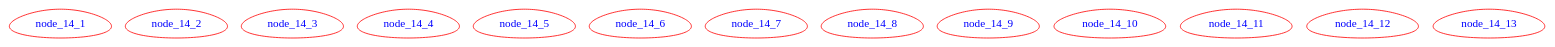
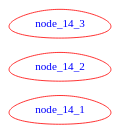
The diagram in data/14.gv (graphviz-perl/GraphViz2-Marpa), drawn with Graphviz before and after one commit. The commit also changed 2 other files, not shown here.

```diff
--- a/data/14.gv
+++ b/data/14.gv
@@ -1,83 +1,23 @@
 digraph graph_14
 {
-	rankdir = TB
+	rankdir = RL
 
 	node_14_1
 	[
 		color      = red
 		fontcolor  = blue
 		shape      = egg
 	]
 	node_14_2
 	[
 		"color"    = red
 		fontcolor  = blue
 		shape      = egg
 	]
 	node_14_3
 	[
 		color      = "red"
 		fontcolor  = blue
 		shape      = egg
 	]
-	node_14_4
-	[
-		"color"     = "red"
-		fontcolor   = blue
-		shape       = egg
-	]
-	node_14_5
-	[
-		color       = red
-		"fontcolor" = blue
-		shape       = egg
-	]
-	node_14_6
-	[
-		color       = red
-		fontcolor   = "blue"
-		shape       = egg
-	]
-	node_14_7
-	[
-		color       = red
-		"fontcolor" = "blue"
-		shape       = egg
-	]
-	node_14_8
-	[
-		color       = red
-		fontcolor   = blue
-		"shape"     = egg
-	]
-	node_14_9
-	[
-		color       = red
-		fontcolor   = blue
-		"shape"     = "egg"
-	]
-	node_14_10
-	[
-		"color"     = red
-		"fontcolor" = blue
-		shape       = egg
-	]
-	node_14_11
-	[
-		"color"     = "red"
-		"fontcolor" = blue
-		shape       = egg
-	]
-	node_14_12
-	[
-		"color"     = red
-		"fontcolor" = "blue"
-		shape       = egg
-	]
-	node_14_13
-	[
-		"color"     = "red"
-		"fontcolor" = "blue"
-		shape       = egg
-	]
 }
```
